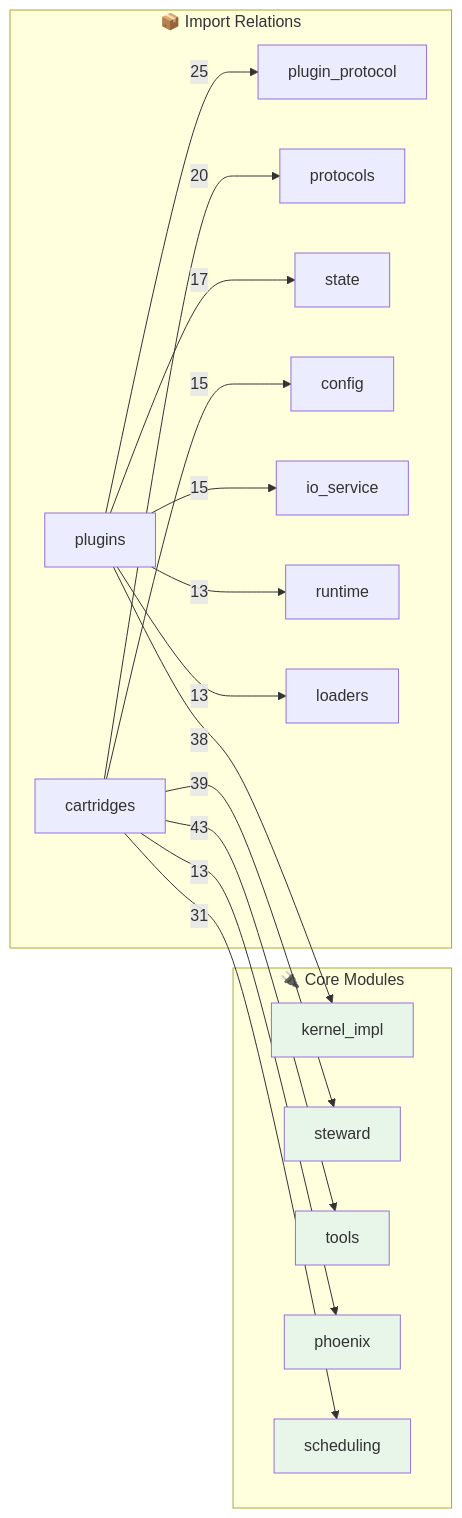
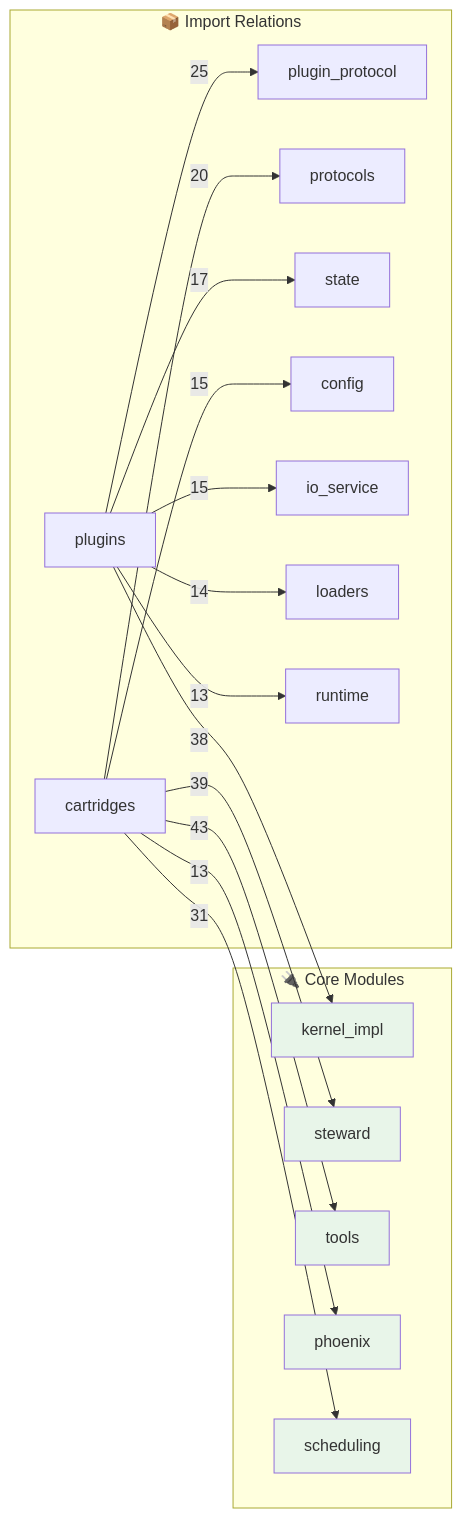
The second of 2 diagrams in OPUS.md (kimeisele/steward-protocol), drawn with Mermaid before and after one commit. The commit also changed other lines of this file and 14 other files, not shown here.

````diff
--- a/OPUS.md
+++ b/OPUS.md
@@ -493,31 +494,31 @@
 ```mermaid
 flowchart LR
     subgraph Core["🔌 Core Modules"]
         kernel_impl[kernel_impl]
         steward[steward]
         tools[tools]
         phoenix[phoenix]
         scheduling[scheduling]
     end
 
     subgraph Edges["📦 Import Relations"]
         cartridges -->|43| tools
         cartridges -->|39| steward
         plugins -->|38| kernel_impl
         cartridges -->|31| scheduling
         plugins -->|25| plugin_protocol
         cartridges -->|20| protocols
         plugins -->|17| state
         cartridges -->|15| config
         plugins -->|15| io_service
+        plugins -->|14| loaders
         cartridges -->|13| phoenix
         plugins -->|13| runtime
-        plugins -->|13| loaders
     end
 
     style kernel_impl fill:#e8f5e9
     style steward fill:#e8f5e9
     style tools fill:#e8f5e9
     style phoenix fill:#e8f5e9
     style scheduling fill:#e8f5e9
 ```
````
